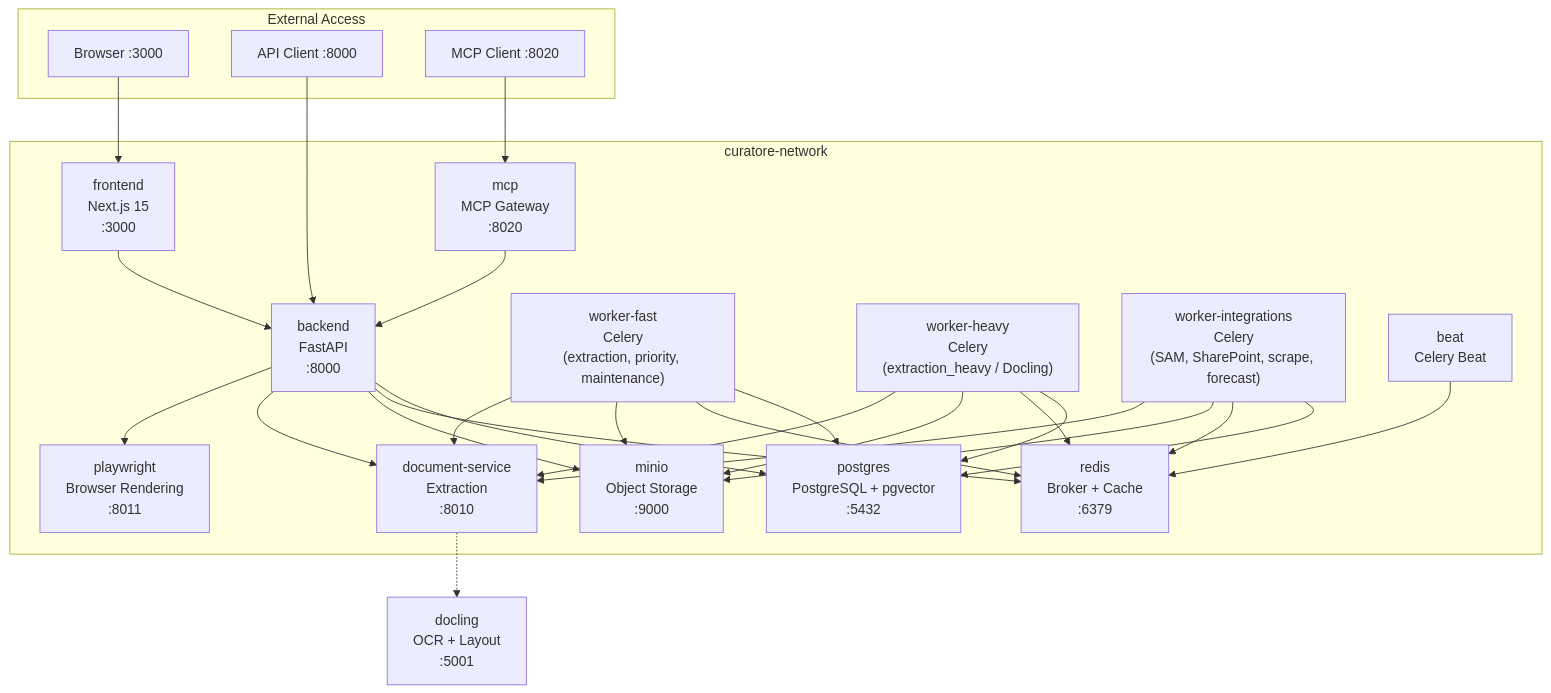
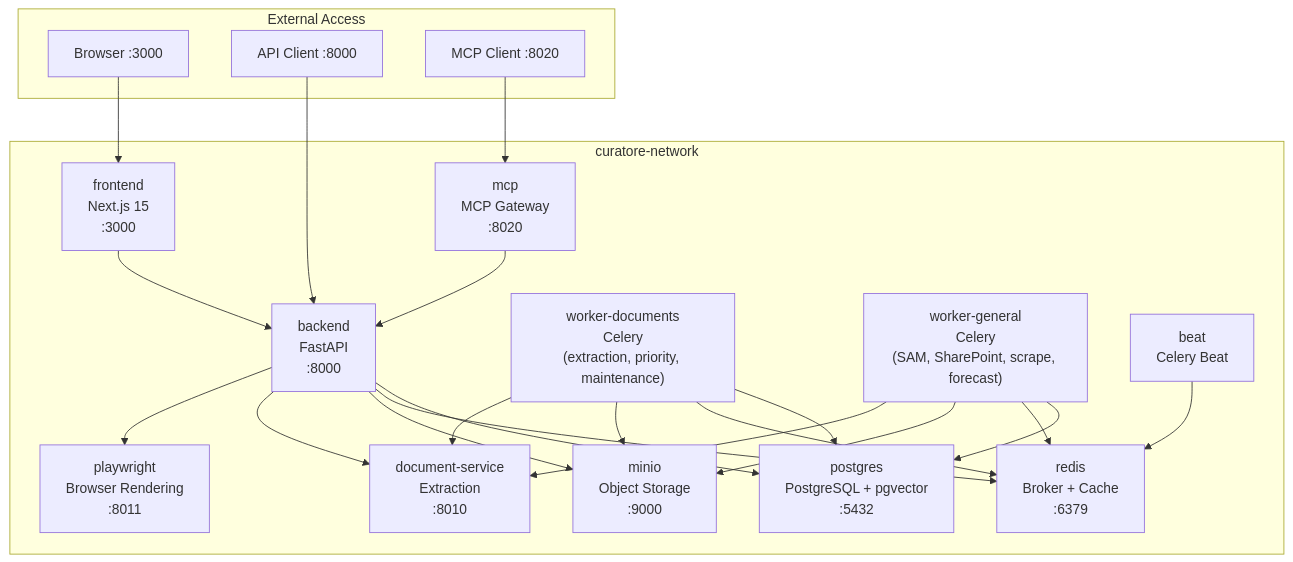
Before and after one commit to Amivero-LLC/curatore-localdev: the first of 4 diagrams in docs/OVERVIEW.md, drawn with Mermaid. The commit also changed other lines of this file and 11 other files, not shown here.

````diff
--- a/docs/OVERVIEW.md
+++ b/docs/OVERVIEW.md
@@ -7,53 +7,47 @@
 ```mermaid
 graph TB
     subgraph External["External Access"]
         Browser["Browser :3000"]
         API["API Client :8000"]
         MCP_Client["MCP Client :8020"]
     end
 
     subgraph Platform["curatore-network"]
         Frontend["frontend\nNext.js 15\n:3000"]
         Backend["backend\nFastAPI\n:8000"]
         MCP["mcp\nMCP Gateway\n:8020"]
-        WorkerFast["worker-fast\nCelery\n(extraction, priority, maintenance)"]
-        WorkerHeavy["worker-heavy\nCelery\n(extraction_heavy / Docling)"]
-        WorkerInt["worker-integrations\nCelery\n(SAM, SharePoint, scrape, forecast)"]
+        WorkerDocs["worker-documents\nCelery\n(extraction, priority, maintenance)"]
+        WorkerGen["worker-general\nCelery\n(SAM, SharePoint, scrape, forecast)"]
         Beat["beat\nCelery Beat"]
 
         DocService["document-service\nExtraction\n:8010"]
         Playwright["playwright\nBrowser Rendering\n:8011"]
 
         Postgres["postgres\nPostgreSQL + pgvector\n:5432"]
         Redis["redis\nBroker + Cache\n:6379"]
         MinIO["minio\nObject Storage\n:9000"]
     end
 
     Browser --> Frontend
     API --> Backend
     MCP_Client --> MCP
 
     Frontend --> Backend
     MCP --> Backend
     Backend --> Postgres
     Backend --> Redis
     Backend --> MinIO
     Backend --> DocService
     Backend --> Playwright
 
-    WorkerFast --> Postgres
-    WorkerFast --> Redis
-    WorkerFast --> MinIO
-    WorkerFast --> DocService
-    WorkerHeavy --> Postgres
-    WorkerHeavy --> Redis
-    WorkerHeavy --> MinIO
-    WorkerHeavy --> DocService
-    WorkerInt --> Postgres
-    WorkerInt --> Redis
-    WorkerInt --> MinIO
-    WorkerInt --> DocService
+    WorkerDocs --> Postgres
+    WorkerDocs --> Redis
+    WorkerDocs --> MinIO
+    WorkerDocs --> DocService
+    WorkerGen --> Postgres
+    WorkerGen --> Redis
+    WorkerGen --> MinIO
+    WorkerGen --> DocService
     Beat --> Redis
 
-    DocService -.-> Docling["docling\nOCR + Layout\n:5001"]
 ```
````
